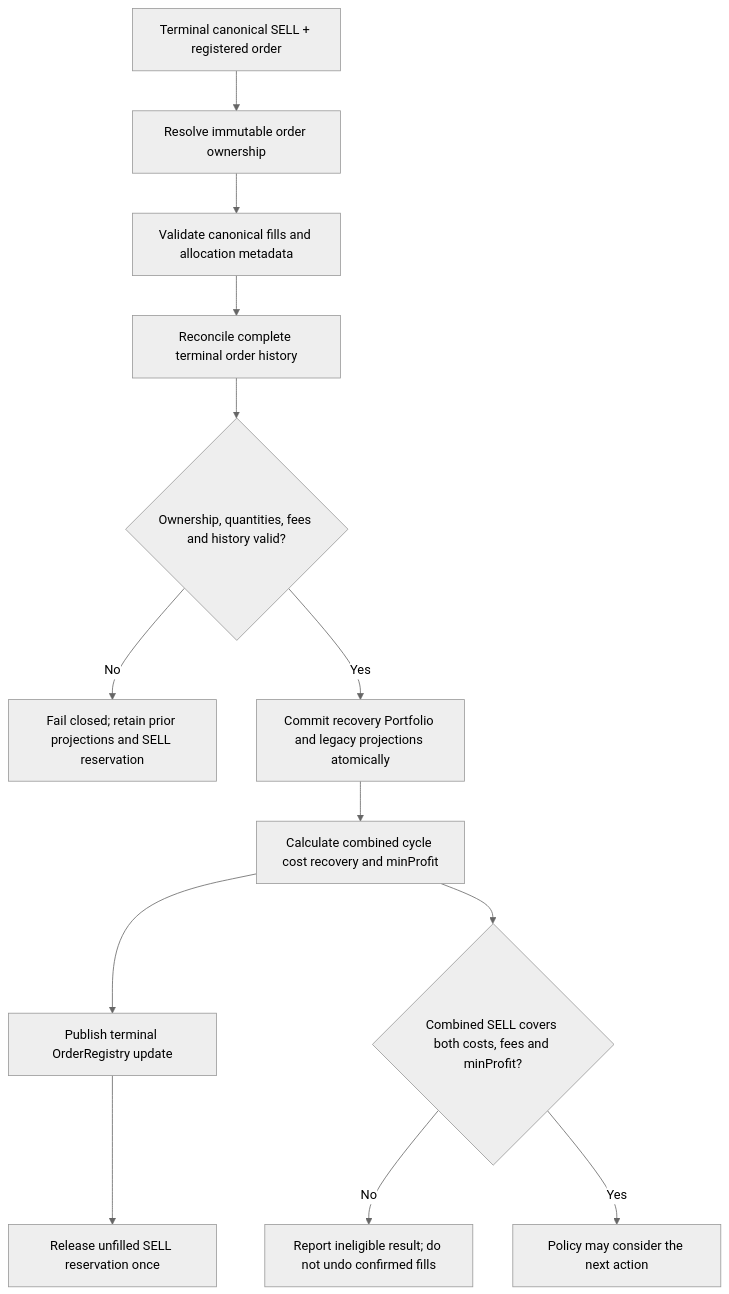
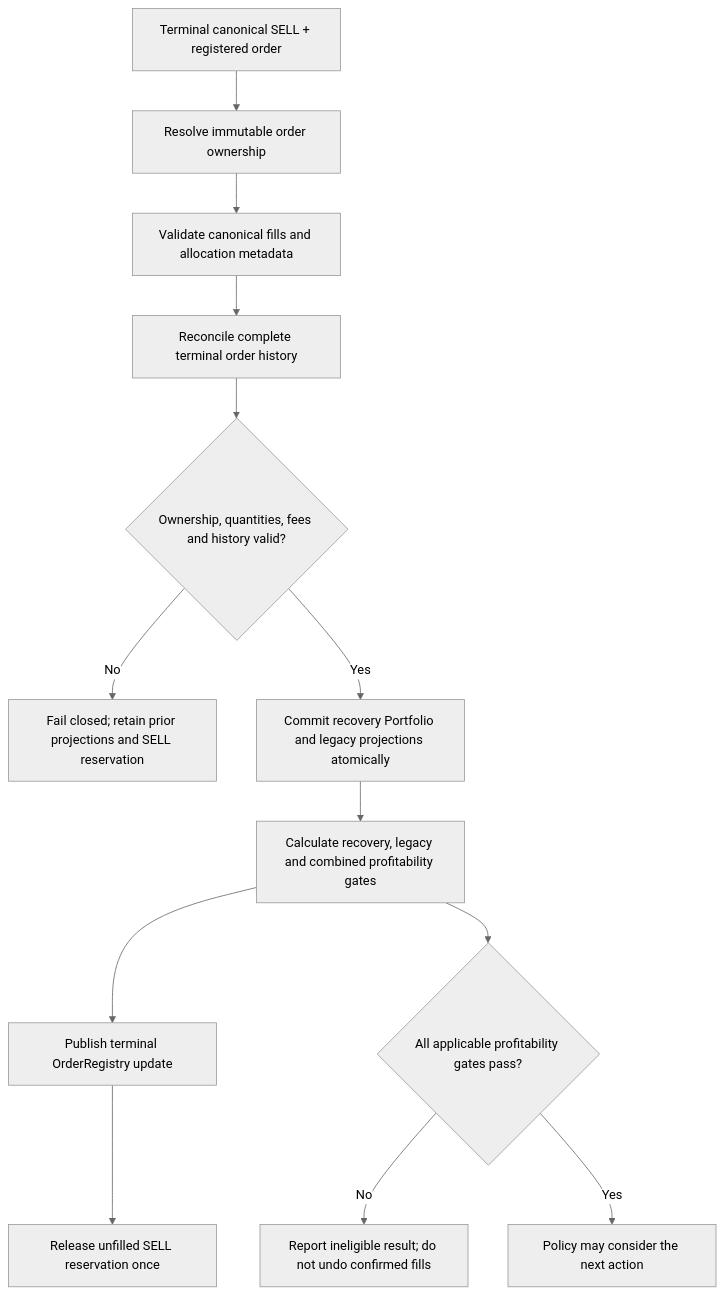
One commit to 45s/coinzilla changed the first of 2 diagrams in apps/harvester/docs/domain/recovery-seller-domain-specification.md. Above: the diagram before and after it, drawn with Mermaid (neutral theme). The commit also changed other lines of this file, not shown here.

Commit message:
docs(harvester): specify independent RS profitability gates

````diff
--- a/apps/harvester/docs/domain/recovery-seller-domain-specification.md
+++ b/apps/harvester/docs/domain/recovery-seller-domain-specification.md
@@ -205,15 +205,15 @@
 ```mermaid
 flowchart TD
   A[Terminal canonical SELL + registered order] --> B[Resolve immutable order ownership]
   B --> C[Validate canonical fills and allocation metadata]
   C --> D[Reconcile complete terminal order history]
   D --> E{Ownership, quantities, fees and history valid?}
   E -->|No| X[Fail closed; retain prior projections and SELL reservation]
   E -->|Yes| F[Commit recovery Portfolio and legacy projections atomically]
-  F --> G[Calculate combined cycle cost recovery and minProfit]
+  F --> G[Calculate recovery, legacy and combined profitability gates]
   G --> H[Publish terminal OrderRegistry update]
   H --> I[Release unfilled SELL reservation once]
-  G --> J{Combined SELL covers both costs, fees and minProfit?}
+  G --> J{All applicable profitability gates pass?}
   J -->|No| K[Report ineligible result; do not undo confirmed fills]
   J -->|Yes| L[Policy may consider the next action]
 ```
````
